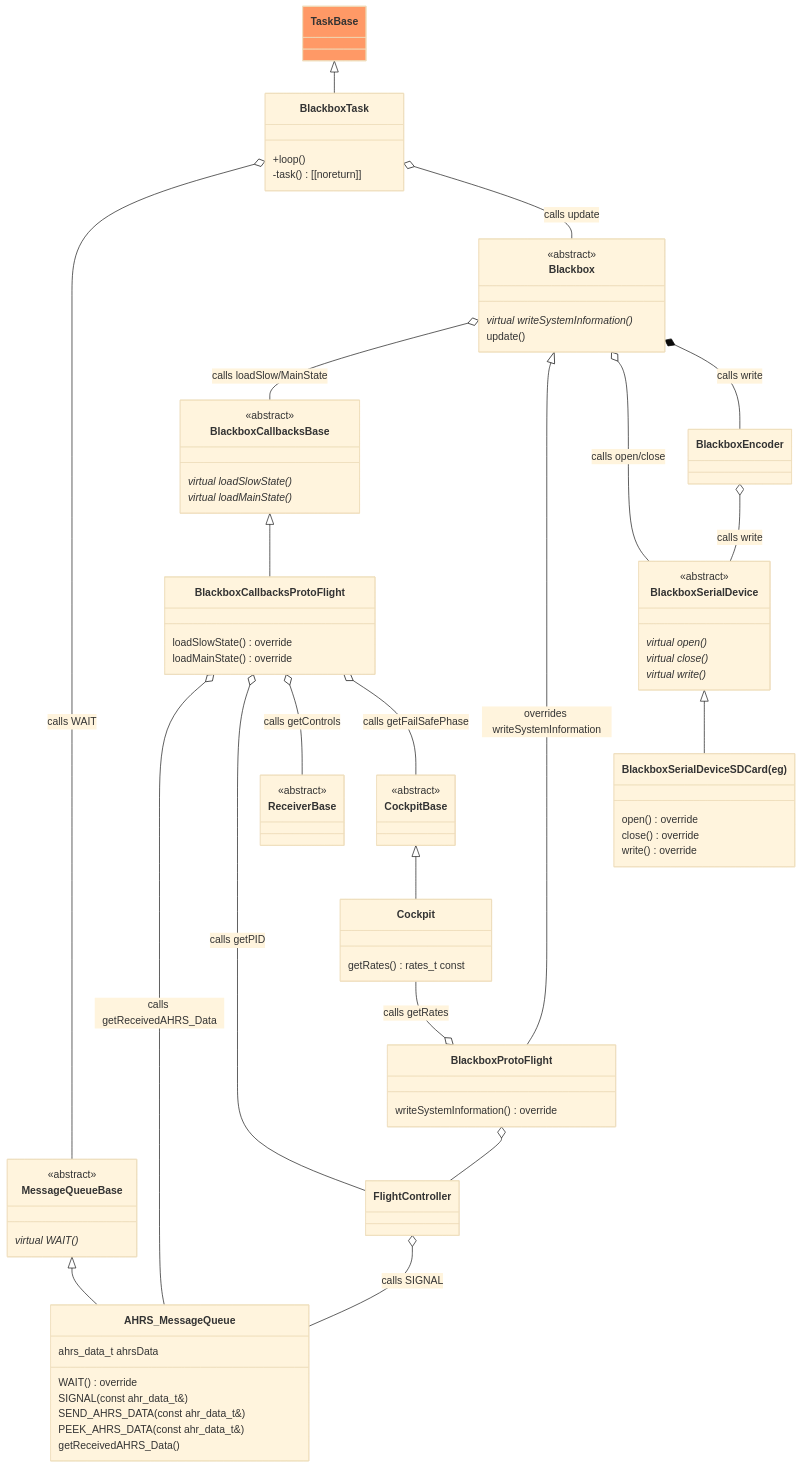
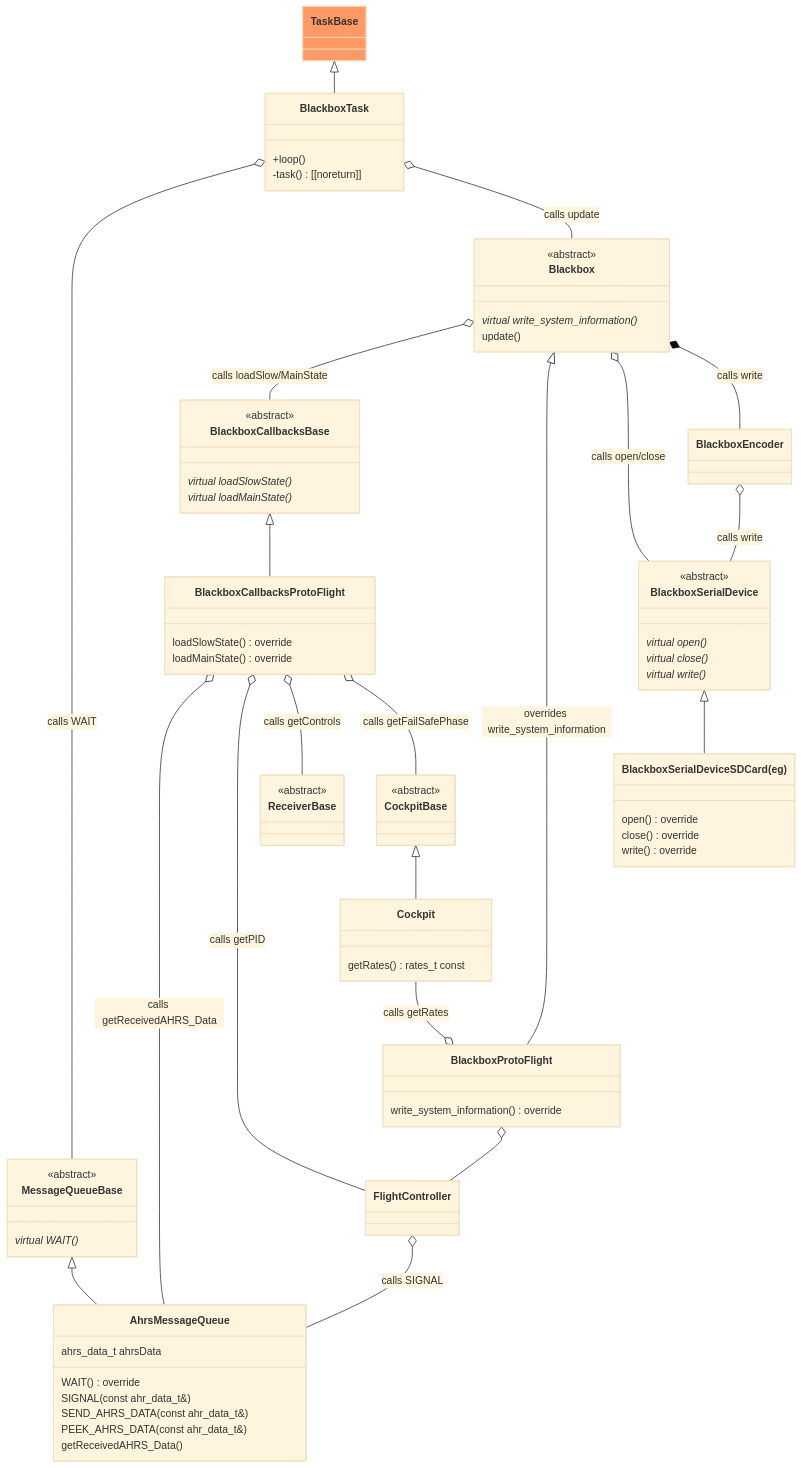
The second of 5 diagrams in README.md (martinbudden/Protoflight), drawn with Mermaid (base theme) before and after one commit. The commit also changed other lines of this file and 124 other files, not shown here.

```diff
--- a/README.md
+++ b/README.md
@@ -758,7 +533,7 @@
 classDiagram
     class TaskBase:::taskClass {
     }
-    link TaskBase "https://github.com/martinbudden/Library-TaskBase/blob/main/src/TaskBase.h"
+    link TaskBase "https://github.com/martinbudden/Library-TaskBase/blob/main/src/task_base.h"
     TaskBase <|-- BlackboxTask
     class BlackboxTask {
         +loop()
@@ -769,17 +544,17 @@
     BlackboxTask o-- Blackbox : calls update
     class Blackbox {
         <<abstract>>
-        virtual writeSystemInformation() *
+        virtual write_system_information() *
         update()
     }
-    link Blackbox "https://github.com/martinbudden/Library-Blackbox/blob/main/src/Blackbox.h"
+    link Blackbox "https://github.com/martinbudden/Library-Blackbox/blob/main/src/blackbox.h"
 
     class MessageQueueBase {
         <<abstract>>
         virtual WAIT() *
     }
     link MessageQueueBase "https://github.com/martinbudden/Library-TaskBase/blob/main/src/MessageQueueBase.h"
-    class AHRS_MessageQueue {
+    class AhrsMessageQueue {
         ahrs_data_t ahrsData
         WAIT() override
         SIGNAL(const ahr_data_t&)
@@ -787,7 +562,7 @@
         PEEK_AHRS_DATA(const ahr_data_t&)
         getReceivedAHRS_Data()
     }
-    link AHRS_MessageQueue "https://github.com/martinbudden/Library-StabilizedVehicle/blob/main/src/AHRS_MessageQueue.h"
+    link AhrsMessageQueue "https://github.com/martinbudden/Library-StabilizedVehicle/blob/main/src/AhrsMessageQueue.h"
     class CockpitBase {
         <<abstract>>
     }
@@ -800,7 +575,7 @@
 
     %%Blackbox <|-- BlackboxProtoFlight
     class BlackboxProtoFlight {
-        writeSystemInformation() override
+        write_system_information() override
     }
     link BlackboxProtoFlight "https://github.com/martinbudden/protoflight/blob/main/lib/Blackbox/src/BlackboxProtoFlight.h"
 
@@ -809,7 +584,7 @@
         virtual loadSlowState() *
         virtual loadMainState() *
     }
-    link BlackboxCallbacksBase "https://github.com/martinbudden/Library-Blackbox/blob/main/src/BlackboxCallbacksBase.h"
+    link BlackboxCallbacksBase "https://github.com/martinbudden/Library-Blackbox/blob/main/src/blackbox_callbacks_base.h"
     class BlackboxCallbacksProtoFlight {
         loadSlowState() override
         loadMainState() override
@@ -821,7 +596,7 @@
     link ReceiverBase "https://github.com/martinbudden/Library-Receiver/blob/main/src/ReceiverBase.h"
 
     Blackbox o-- BlackboxCallbacksBase : calls loadSlow/MainState
-    Blackbox <|-- BlackboxProtoFlight : overrides writeSystemInformation
+    Blackbox <|-- BlackboxProtoFlight : overrides write_system_information
     Blackbox o-- BlackboxSerialDevice : calls open/close
     Blackbox *-- BlackboxEncoder : calls write
     %%BlackboxEncoder --* Blackbox : calls write
@@ -832,9 +607,9 @@
     class FlightController {
     }
     link FlightController "https://github.com/martinbudden/protoflight/blob/main/lib/FlightController/src/FlightController.h"
-    FlightController o-- AHRS_MessageQueue : calls SIGNAL
-    BlackboxCallbacksProtoFlight o-- AHRS_MessageQueue : calls getReceivedAHRS_Data
-    MessageQueueBase <|-- AHRS_MessageQueue
+    FlightController o-- AhrsMessageQueue : calls SIGNAL
+    BlackboxCallbacksProtoFlight o-- AhrsMessageQueue : calls getReceivedAHRS_Data
+    MessageQueueBase <|-- AhrsMessageQueue
     BlackboxCallbacksProtoFlight o-- FlightController : calls getPID
     BlackboxCallbacksProtoFlight o-- ReceiverBase : calls getControls
     BlackboxCallbacksProtoFlight o-- CockpitBase : calls getFailSafePhase
```
